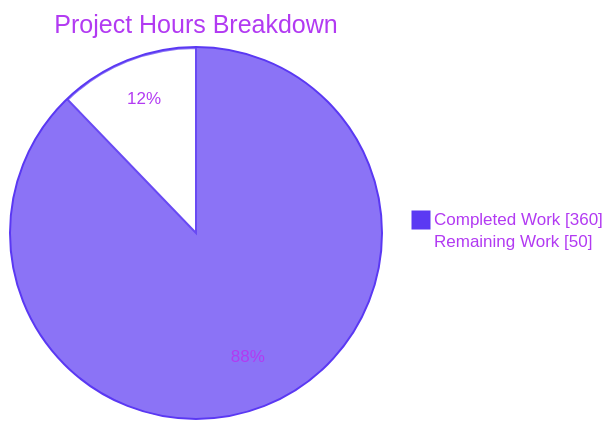
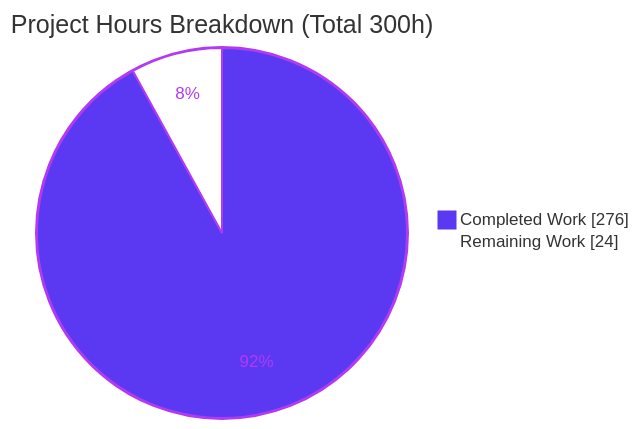
Before and after one commit to Blitzy-Sandbox/blitzy-ghostfolio: the second of 3 diagrams in blitzy/documentation/Project Guide.md, drawn with Mermaid. The commit also changed other lines of this file, not shown here.

Commit message:
Adding Blitzy Project Guide: Project Status and Human Tasks Remaining

````diff
--- a/blitzy/documentation/Project Guide.md
+++ b/blitzy/documentation/Project Guide.md
@@ -251,6 +211,6 @@
 ```mermaid
-%%{init: {'theme':'base', 'themeVariables': { 'pie1':'#5B39F3', 'pie2':'#FFFFFF', 'pieStrokeColor':'#5B39F3', 'pieOuterStrokeColor':'#5B39F3', 'pieTitleTextColor':'#B23AF2', 'pieSectionTextColor':'#B23AF2', 'pieLegendTextColor':'#B23AF2'}}}%%
-pie showData title Project Hours Breakdown
-    "Completed Work" : 360
-    "Remaining Work" : 50
+%%{init: {'theme':'base', 'themeVariables': {'pie1':'#5B39F3','pie2':'#FFFFFF','pieStrokeColor':'#B23AF2','pieOuterStrokeColor':'#B23AF2','pieSectionTextColor':'#B23AF2','pieStrokeWidth':'2px','pieOpacity':'1'}}}%%
+pie showData title Project Hours Breakdown (Total 300h)
+    "Completed Work" : 276
+    "Remaining Work" : 24
 ```
````
